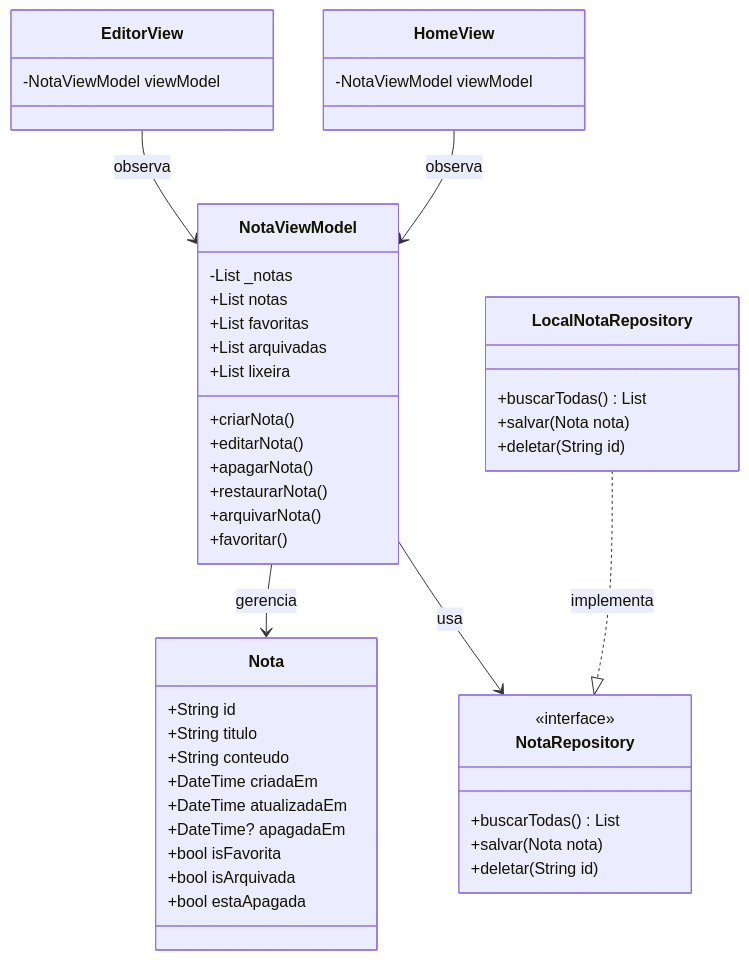
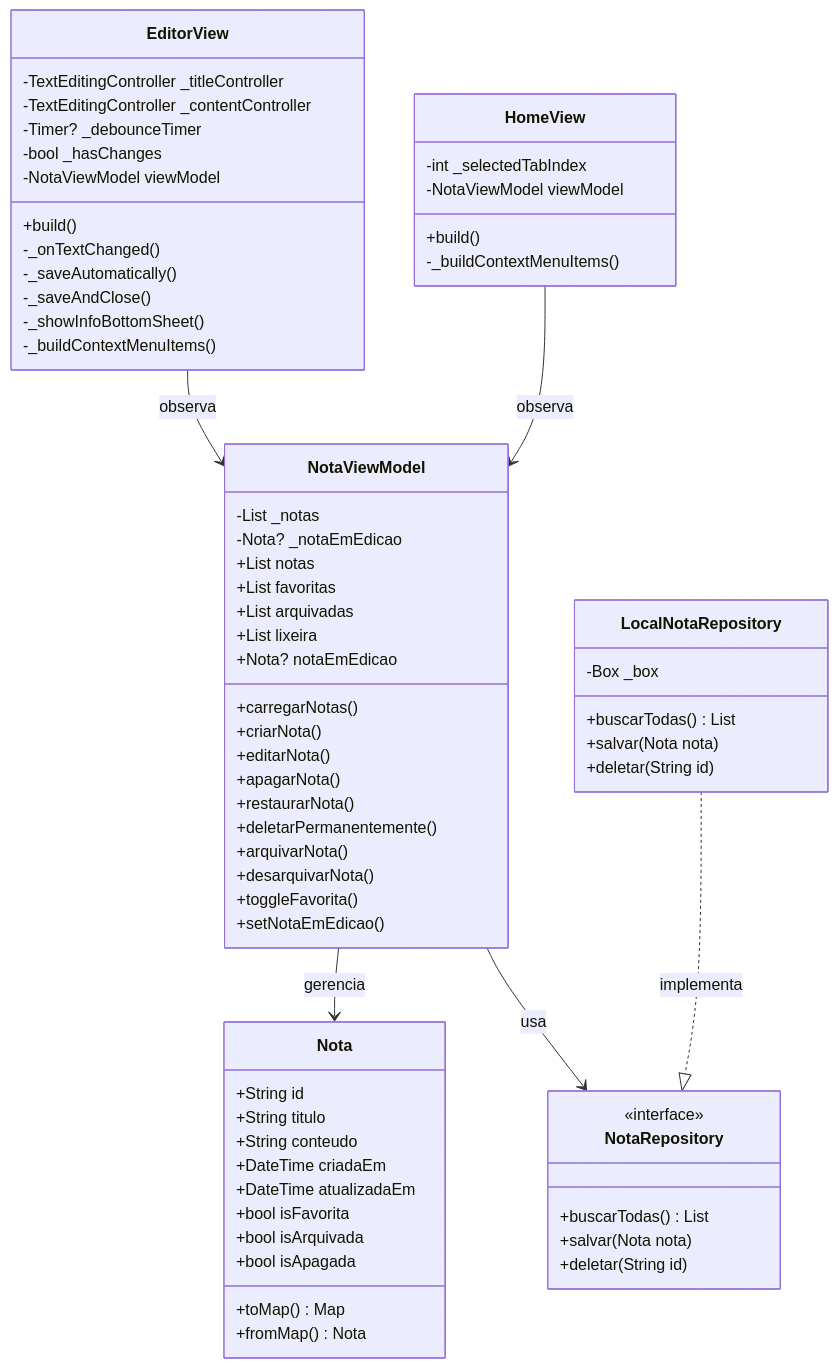
Before and after one commit to rogial12/anotai: the diagram in docs/diagrama.md, drawn with Mermaid. The commit also changed other lines of this file and 1 other file, not shown here.

Commit message:
Atualização na documentação

````diff
--- a/docs/diagrama.md
+++ b/docs/diagrama.md
@@ -5,55 +5,76 @@
 ```mermaid
 classDiagram
     class Nota {
         +String id
         +String titulo
         +String conteudo
         +DateTime criadaEm
         +DateTime atualizadaEm
-        +DateTime? apagadaEm
         +bool isFavorita
         +bool isArquivada
-        +bool estaApagada
+        +bool isApagada
+        +toMap() Map
+        +fromMap() Nota
     }
 
     class NotaViewModel {
         -List _notas
+        -Nota? _notaEmEdicao
         +List notas
         +List favoritas
         +List arquivadas
         +List lixeira
+        +Nota? notaEmEdicao
+        +carregarNotas()
         +criarNota()
         +editarNota()
         +apagarNota()
         +restaurarNota()
+        +deletarPermanentemente()
         +arquivarNota()
-        +favoritar()
+        +desarquivarNota()
+        +toggleFavorita()
+        +setNotaEmEdicao()
     }
 
     class NotaRepository {
         <<interface>>
         +buscarTodas() List
         +salvar(Nota nota)
         +deletar(String id)
     }
 
     class LocalNotaRepository {
+        -Box _box
         +buscarTodas() List
         +salvar(Nota nota)
         +deletar(String id)
     }
 
     class HomeView {
+        -int _selectedTabIndex
         -NotaViewModel viewModel
+        +build()
+        -_buildContextMenuItems()
     }
 
     class EditorView {
+        -TextEditingController _titleController
+        -TextEditingController _contentController
+        -Timer? _debounceTimer
+        -bool _hasChanges
         -NotaViewModel viewModel
+        +build()
+        -_onTextChanged()
+        -_saveAutomatically()
+        -_saveAndClose()
+        -_showInfoBottomSheet()
+        -_buildContextMenuItems()
     }
 
     NotaViewModel --> NotaRepository : usa
     LocalNotaRepository ..|> NotaRepository : implementa
     HomeView --> NotaViewModel : observa
     EditorView --> NotaViewModel : observa
     NotaViewModel --> Nota : gerencia
 ```
````
